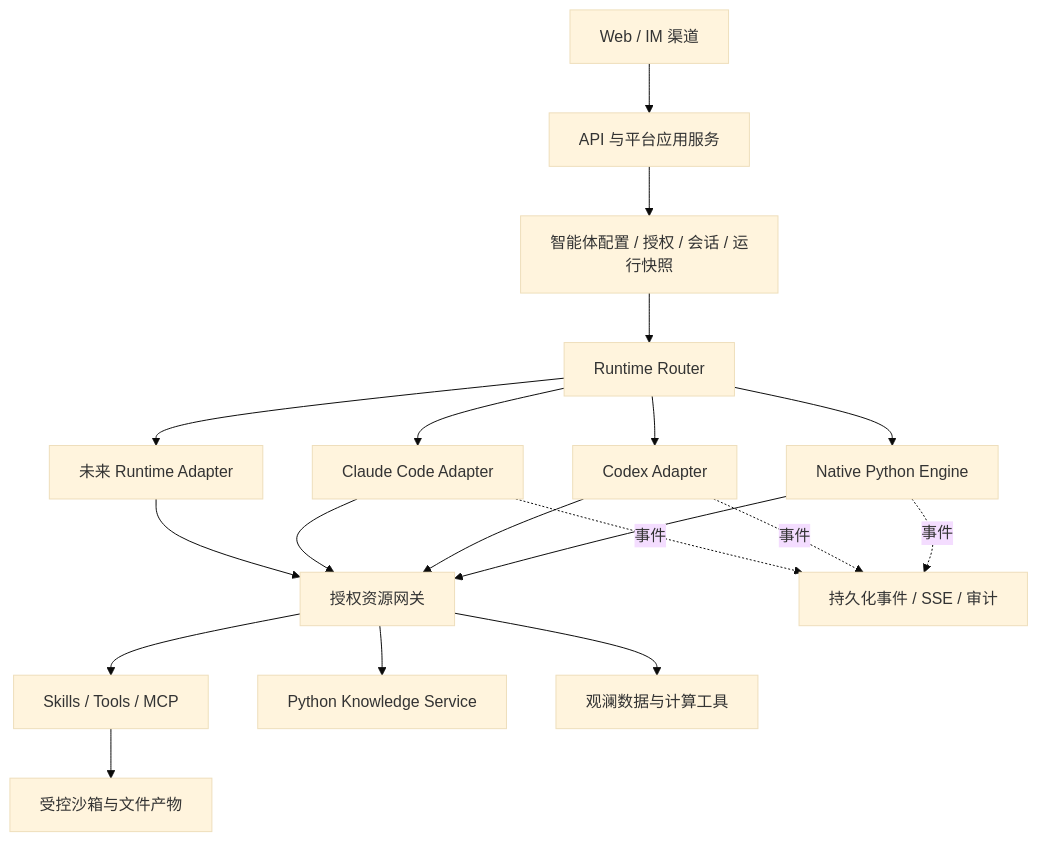
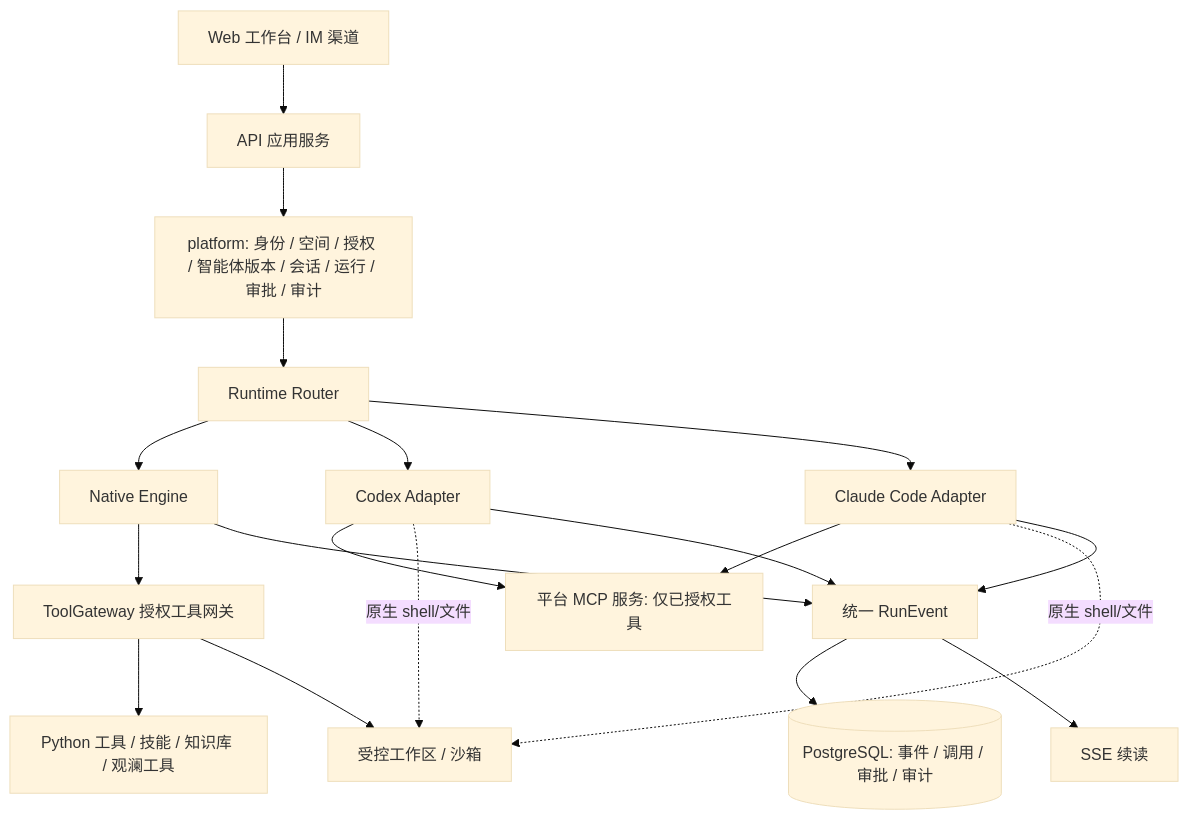
One commit to chenkuangfeng/hyoga-nexus changed the diagram in docs/architecture.md. Above: the diagram before and after it, drawn with Mermaid (base theme). The commit also changed other lines of this file and 22 other files, not shown here.

First line of the commit message:
docs: rewrite architecture and roadmap, remove superseded docs

````diff
--- a/docs/architecture.md
+++ b/docs/architecture.md
@@ -15,21 +213,19 @@
 ```mermaid
 flowchart TD
-    A[Web / IM 渠道] --> B[API 与平台应用服务]
-    B --> C[智能体配置 / 授权 / 会话 / 运行快照]
-    C --> D[Runtime Router]
-    D --> E[Native Python Engine]
-    D --> F[Codex Adapter]
-    D --> G[Claude Code Adapter]
-    D --> H[未来 Runtime Adapter]
-    E --> I[授权资源网关]
-    F --> I
-    G --> I
-    H --> I
-    I --> J[Skills / Tools / MCP]
-    I --> K[Python Knowledge Service]
-    I --> L[观澜数据与计算工具]
-    J --> M[受控沙箱与文件产物]
-    E -.事件.-> N[持久化事件 / SSE / 审计]
-    F -.事件.-> N
-    G -.事件.-> N
+    W[Web 工作台 / IM 渠道] --> API[API 应用服务]
+    API --> PLAT[platform: 身份 / 空间 / 授权 / 智能体版本 / 会话 / 运行 / 审批 / 审计]
+    PLAT --> ROUTER[Runtime Router]
+    ROUTER --> N[Native Engine]
+    ROUTER --> C[Codex Adapter]
+    ROUTER --> A[Claude Code Adapter]
+    N --> GW[ToolGateway 授权工具网关]
+    C --> MCP[平台 MCP 服务: 仅已授权工具]
+    A --> MCP
+    C -. 原生 shell/文件 .-> SB[受控工作区 / 沙箱]
+    A -. 原生 shell/文件 .-> SB
+    GW --> TOOLS[Python 工具 / 技能 / 知识库 / 观澜工具]
+    GW --> SB
+    N & C & A --> EV[统一 RunEvent]
+    EV --> DB[(PostgreSQL: 事件 / 调用 / 审批 / 审计)]
+    EV --> SSE[SSE 续读]
 ```
````
